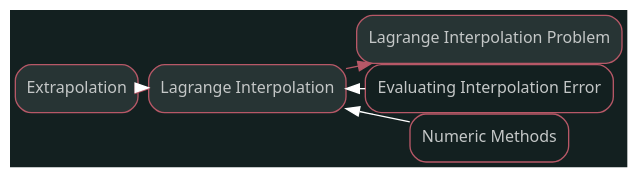
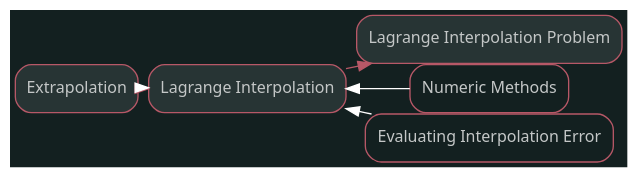
The diagram in src/dot/Extrapolation.dot (Kalelzar/Knowledge), drawn with Graphviz before and after one commit. The commit also changed 484 other files, not shown here.

```diff
--- a/src/dot/Extrapolation.dot
+++ b/src/dot/Extrapolation.dot
@@ -1,3 +1,3 @@
 digraph "Extrapolation" {graph [nodesep=0,ranksep=0,rankdir="LR",bgcolor="#132020"];node [shape="rectangle",style="rounded,filled",fontname="sans",fontsize="12px",labelfontname="sans",color="#b75867",fillcolor="#273434",fontcolor="#c4c7c7"];"Extrapolation" [label="Extrapolation",tooltip="Extrapolation",URL="/Knowledge/Extrapolation.html",target="_parent"];"Lagrange Interpolation" [label="Lagrange Interpolation",tooltip="Lagrange Interpolation",URL="/Knowledge/Lagrange Interpolation.html",target="_parent"];subgraph "Forward Extrapolation" {edge [color="#b75867"];"Extrapolation" -> "Lagrange Interpolation";}
 node [shape="rectangle",style="rounded",fontname="sans",fontsize="12px",labelfontname="sans",color="#b75867",fillcolor="#FFFFFF",fontcolor="#c4c7c7"];subgraph "Backward Extrapolation" {edge [dir="back",color="#FFFFFF"];}node [shape="rectangle",style="rounded,filled",fontname="sans",fontsize="12px",labelfontname="sans",color="#b75867",fillcolor="#273434",fontcolor="#c4c7c7"];"Lagrange Interpolation" [label="Lagrange Interpolation",tooltip="Lagrange Interpolation",URL="/Knowledge/Lagrange Interpolation.html",target="_parent"];"Lagrange Interpolation Problem" [label="Lagrange Interpolation Problem",tooltip="Lagrange Interpolation Problem",URL="/Knowledge/Lagrange Interpolation Problem.html",target="_parent"];subgraph "Forward Lagrange Interpolation" {edge [color="#b75867"];"Lagrange Interpolation" -> "Lagrange Interpolation Problem";}
-node [shape="rectangle",style="rounded",fontname="sans",fontsize="12px",labelfontname="sans",color="#b75867",fillcolor="#FFFFFF",fontcolor="#c4c7c7"];"Evaluating Interpolation Error" [label="Evaluating Interpolation Error",tooltip="Evaluating Interpolation Error",URL="/Knowledge/Evaluating Interpolation Error.html",target="_parent"];"Numeric Methods" [label="Numeric Methods",tooltip="Numeric Methods",URL="/Knowledge/Numeric Methods.html",target="_parent"];"Extrapolation" [label="Extrapolation",tooltip="Extrapolation",URL="/Knowledge/Extrapolation.html",target="_parent"];subgraph "Backward Lagrange Interpolation" {edge [dir="back",color="#FFFFFF"];"Lagrange Interpolation" -> "Evaluating Interpolation Error";"Lagrange Interpolation" -> "Numeric Methods";"Lagrange Interpolation" -> "Extrapolation";}}
+node [shape="rectangle",style="rounded",fontname="sans",fontsize="12px",labelfontname="sans",color="#b75867",fillcolor="#FFFFFF",fontcolor="#c4c7c7"];"Numeric Methods" [label="Numeric Methods",tooltip="Numeric Methods",URL="/Knowledge/Numeric Methods.html",target="_parent"];"Extrapolation" [label="Extrapolation",tooltip="Extrapolation",URL="/Knowledge/Extrapolation.html",target="_parent"];"Evaluating Interpolation Error" [label="Evaluating Interpolation Error",tooltip="Evaluating Interpolation Error",URL="/Knowledge/Evaluating Interpolation Error.html",target="_parent"];subgraph "Backward Lagrange Interpolation" {edge [dir="back",color="#FFFFFF"];"Lagrange Interpolation" -> "Numeric Methods";"Lagrange Interpolation" -> "Extrapolation";"Lagrange Interpolation" -> "Evaluating Interpolation Error";}}
```
